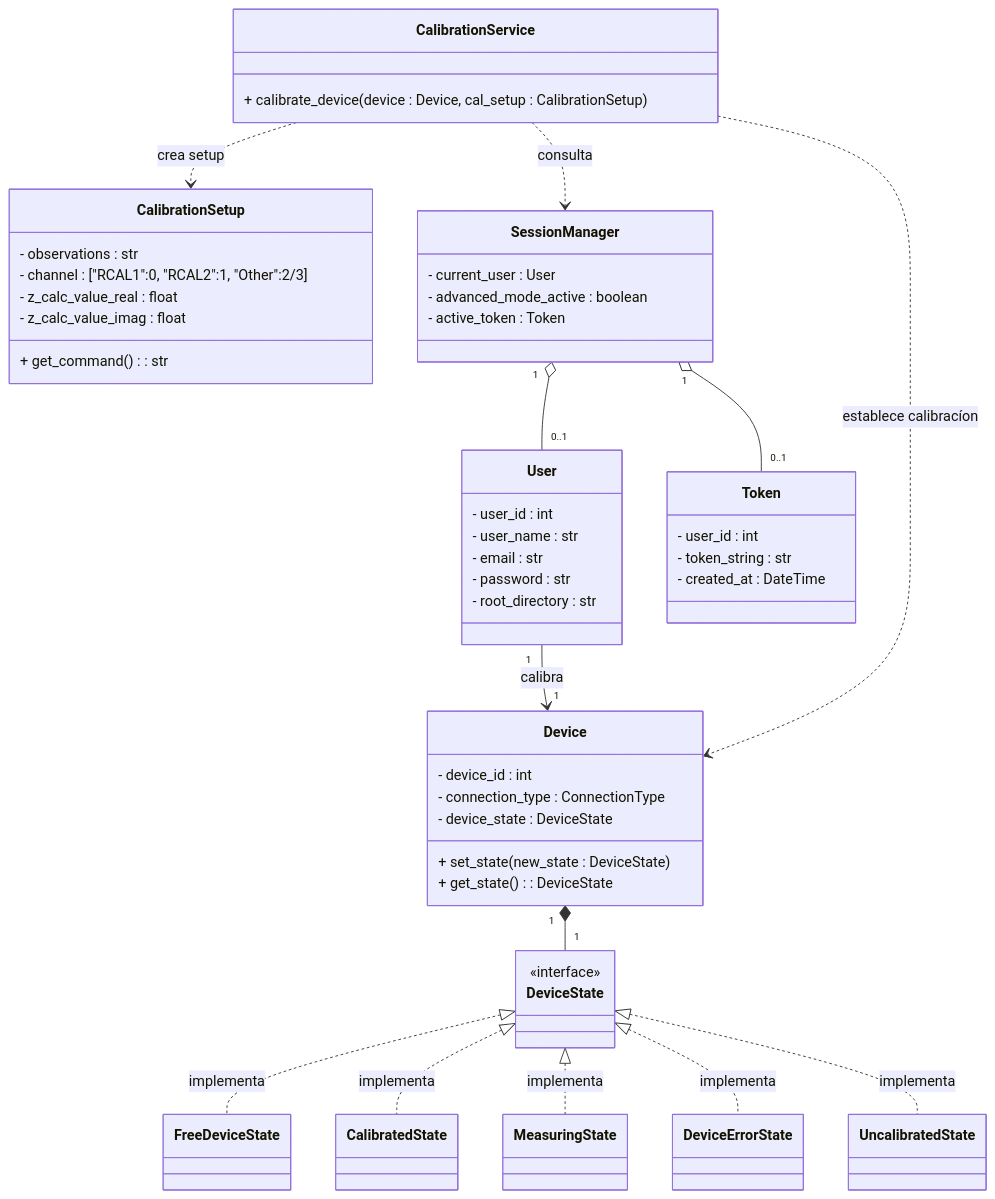
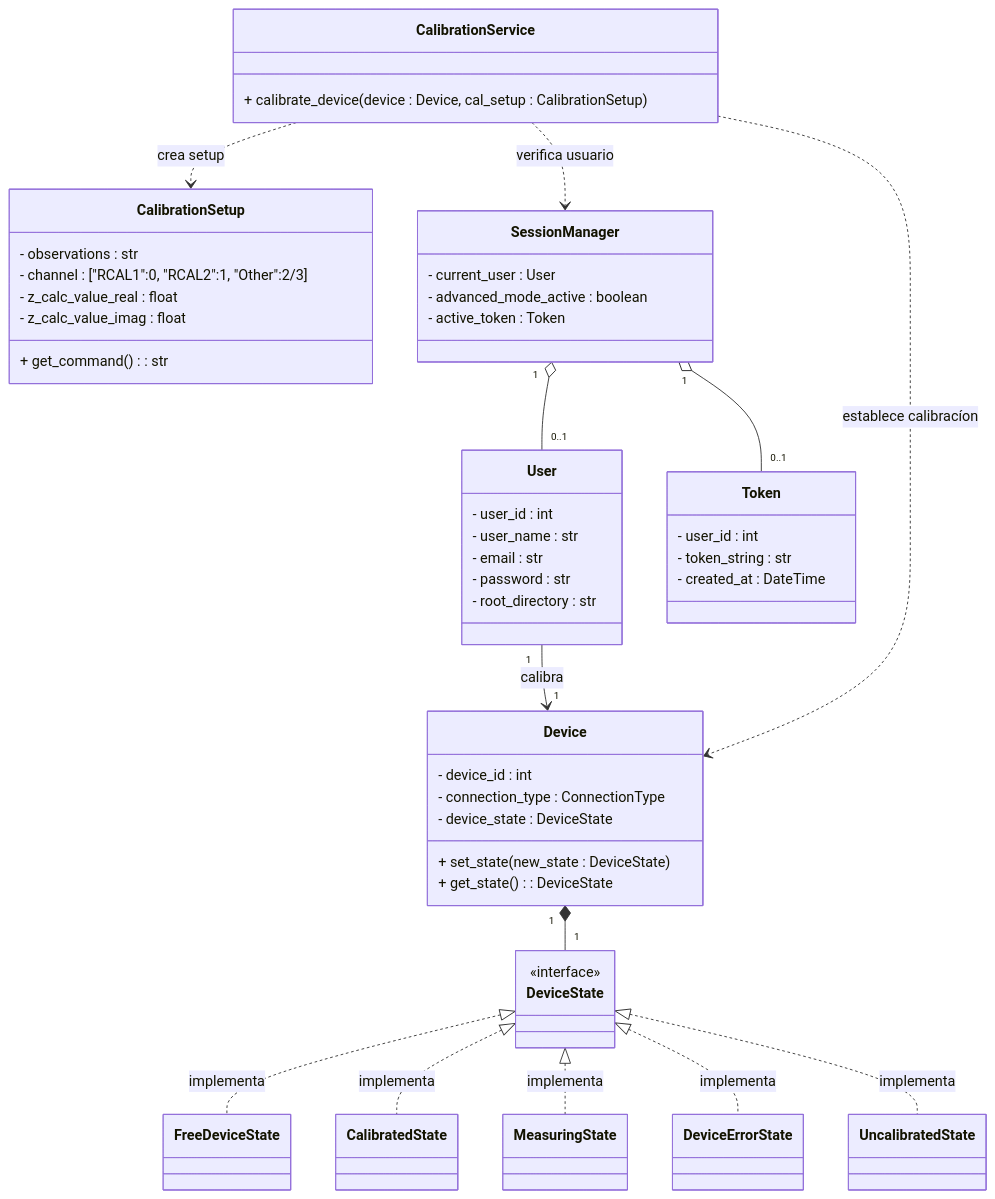
Before and after one commit to alegrelias/Repo-GMini: the third of 6 diagrams in Gmini-MarkDown/Diagramas/Clases Conceptuales.md, drawn with Mermaid. The commit also changed other lines of this file, not shown here.

Commit message:
Se modifica diagrama de clases

````diff
--- a/Gmini-MarkDown/Diagramas/Clases Conceptuales.md
+++ b/Gmini-MarkDown/Diagramas/Clases Conceptuales.md
@@ -420,70 +420,70 @@
 ```mermaid
 classDiagram
 DeviceState <|.. FreeDeviceState : implementa
 DeviceState <|.. CalibratedState : implementa
 DeviceState <|.. MeasuringState : implementa
 DeviceState <|.. DeviceErrorState : implementa
 DeviceState <|.. UncalibratedState : implementa
 
 %% clases
 class User {
 	- user_id : int
 	- user_name : str
 	- email : str
 	- password : str
 	- root_directory : str
 	
 }
 
 class CalibrationSetup{
 	- observations : str
 	- channel : ["RCAL1":0, "RCAL2":1, "Other":2/3]
 	- z_calc_value_real : float
 	- z_calc_value_imag : float
 	+ get_command() : str
 }
 
 class Device{
 	- device_id : int
 	- connection_type : ConnectionType
 	- device_state : DeviceState
 	+ set_state(new_state : DeviceState)
 	+ get_state() : DeviceState
 }
 
 class DeviceState{
 		<<interface>>
 	}
 	class FreeDeviceState
 	class CalibratedState
 	class MeasuringState
 	class DeviceErrorState
 
 class CalibrationService{
 	+ calibrate_device(device : Device, cal_setup : CalibrationSetup)
 }
 
 class SessionManager{
 	- current_user : User
 	- advanced_mode_active : boolean
 	- active_token : Token
 }
 
 class Token {
 	- user_id : int
 	- token_string : str
 	- created_at : DateTime
 }
 
 %% relaciones
 User "1"-->"1" Device : calibra
 
 Device "1"*--"1" DeviceState
 
 SessionManager "1"o--"0..1" Token
 SessionManager "1"o--"0..1" User
 
 CalibrationService ..> Device : establece calibracíon
 CalibrationService ..> CalibrationSetup : crea setup
-CalibrationService ..> SessionManager : consulta
+CalibrationService ..> SessionManager : verifica usuario
 ```
````
